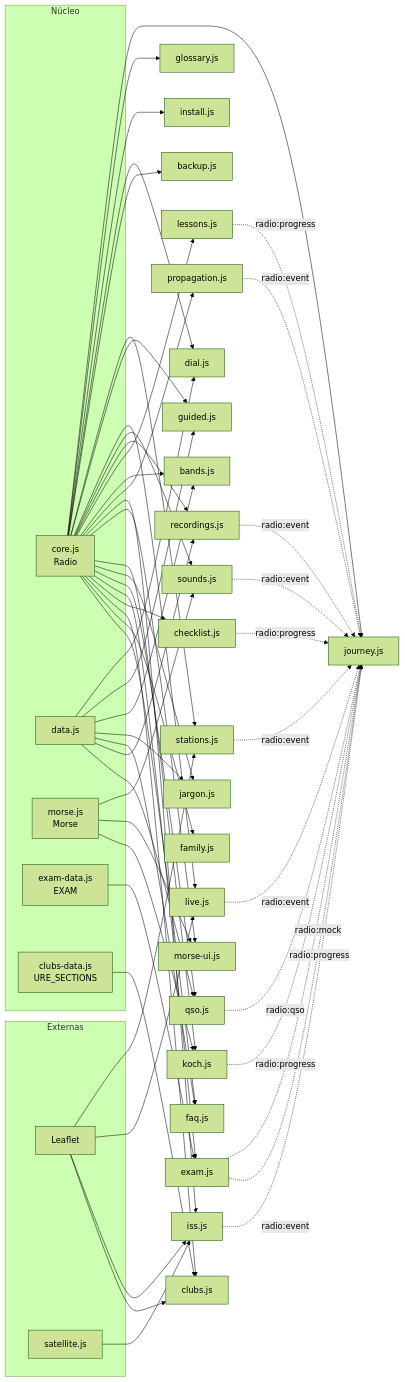
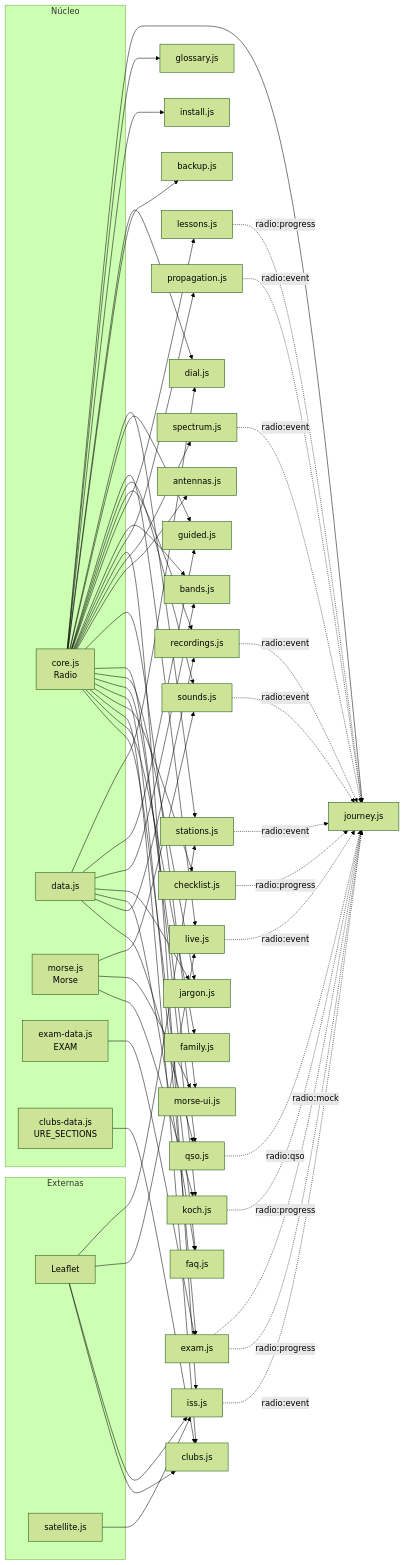
Before and after one commit to serbenda/radio: the diagram in docs/MODULOS.md, drawn with Mermaid (forest theme). The commit also changed other lines of this file and 42 other files, not shown here.

````diff
--- a/docs/MODULOS.md
+++ b/docs/MODULOS.md
@@ -9,32 +9,33 @@
 ```mermaid
 flowchart LR
   subgraph Externas
     LF[Leaflet]
     SAT[satellite.js]
   end
   subgraph Núcleo
     CORE[core.js<br/>Radio]
     DATA[data.js]
     MORSE[morse.js<br/>Morse]
     EXD[exam-data.js<br/>EXAM]
     CLD[clubs-data.js<br/>URE_SECTIONS]
   end
   J[journey.js]
   G[glossary.js]
   CORE --> J & G & INS[install.js]
   CORE --> DIAL[dial.js] & BK[backup.js]
   CORE --> ST[stations.js] & GU[guided.js] & LI[live.js] & SO[sounds.js] & RE[recordings.js]
   CORE --> LE[lessons.js] & BA[bands.js] & PR[propagation.js] & IS[iss.js]
+  CORE --> SP[spectrum.js] & AN[antennas.js]
   CORE --> MU[morse-ui.js] & KO[koch.js] & JA[jargon.js] & QS[qso.js]
   CORE --> EX[exam.js] & CH[checklist.js] & CL[clubs.js] & FA[family.js] & FQ[faq.js]
   DATA --> DIAL & GU & BA & JA & FQ & RE & QS
   MORSE --> SO & MU & KO
   EXD --> EX
   CLD --> CL
   LF --> ST & LI & IS & CL
   SAT --> IS
-  ST & SO & RE & PR & LI & IS -. radio:event .-> J
+  ST & SO & RE & PR & LI & IS & SP -. radio:event .-> J
   QS -. radio:qso .-> J
   EX -. radio:mock .-> J
   LE & KO & EX & CH -. radio:progress .-> J
 ```
````
